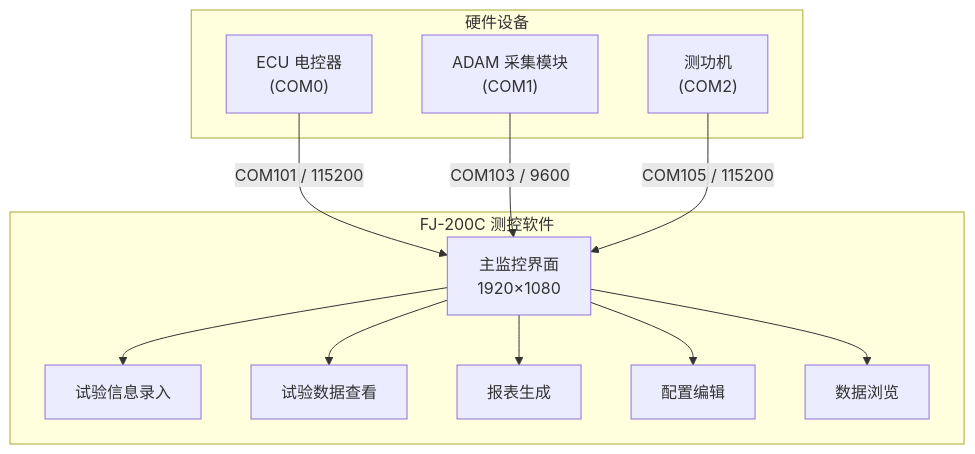
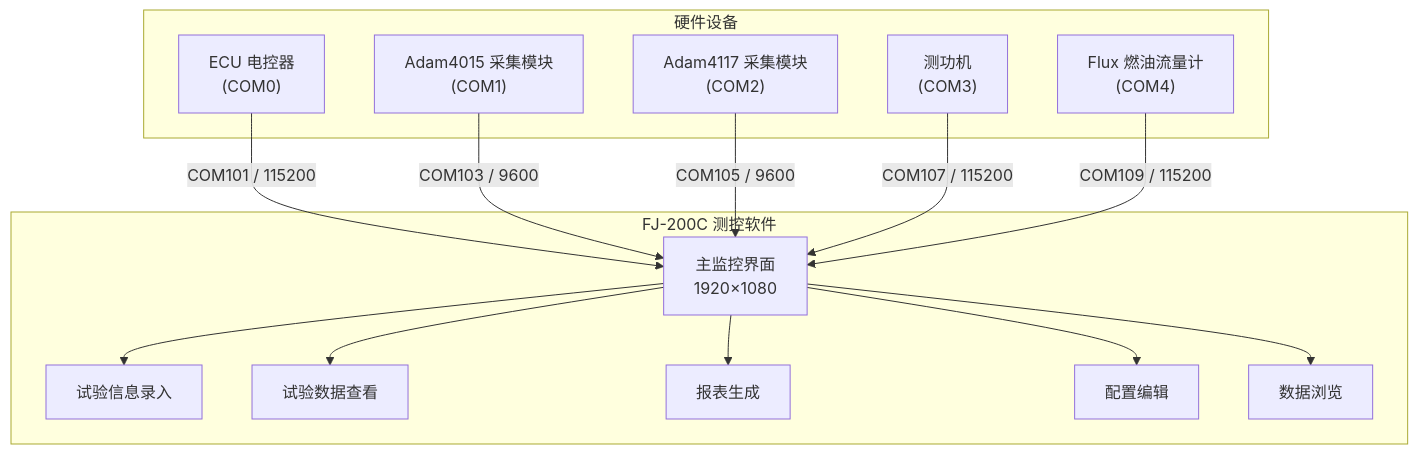
The first of 9 diagrams in src/fj200c_main/help_doc.md (3123958139/RustWeb-Vue), drawn with Mermaid before and after one commit. The commit also changed other lines of this file and 20 other files, not shown here.

````diff
--- a/src/fj200c_main/help_doc.md
+++ b/src/fj200c_main/help_doc.md
@@ -7,27 +7,31 @@
 ```mermaid
 graph TB
     subgraph 硬件层["硬件设备"]
         ECU["ECU 电控器<br/>(COM0)"]
-        ADAM["ADAM 采集模块<br/>(COM1)"]
-        DYNO["测功机<br/>(COM2)"]
+        ADAM4015["Adam4015 采集模块<br/>(COM1)"]
+        ADAM4117["Adam4117 采集模块<br/>(COM2)"]
+        DYNO["测功机<br/>(COM3)"]
+        FLUX["Flux 燃油流量计<br/>(COM4)"]
     end
 
     subgraph 软件层["FJ-200C 测控软件"]
         MAIN["主监控界面<br/>1920×1080"]
         SUB_INPUT["试验信息录入"]
         SUB_VIEW["试验数据查看"]
         SUB_REPORT["报表生成"]
         SUB_CONFIG["配置编辑"]
         SUB_BROWSE["数据浏览"]
     end
 
     ECU -->|COM101 / 115200| MAIN
-    ADAM -->|COM103 / 9600| MAIN
-    DYNO -->|COM105 / 115200| MAIN
+    ADAM4015 -->|COM103 / 9600| MAIN
+    ADAM4117 -->|COM105 / 9600| MAIN
+    DYNO -->|COM107 / 115200| MAIN
+    FLUX -->|COM109 / 115200| MAIN
 
     MAIN --> SUB_INPUT
     MAIN --> SUB_VIEW
     MAIN --> SUB_REPORT
     MAIN --> SUB_CONFIG
     MAIN --> SUB_BROWSE
 ```
````
